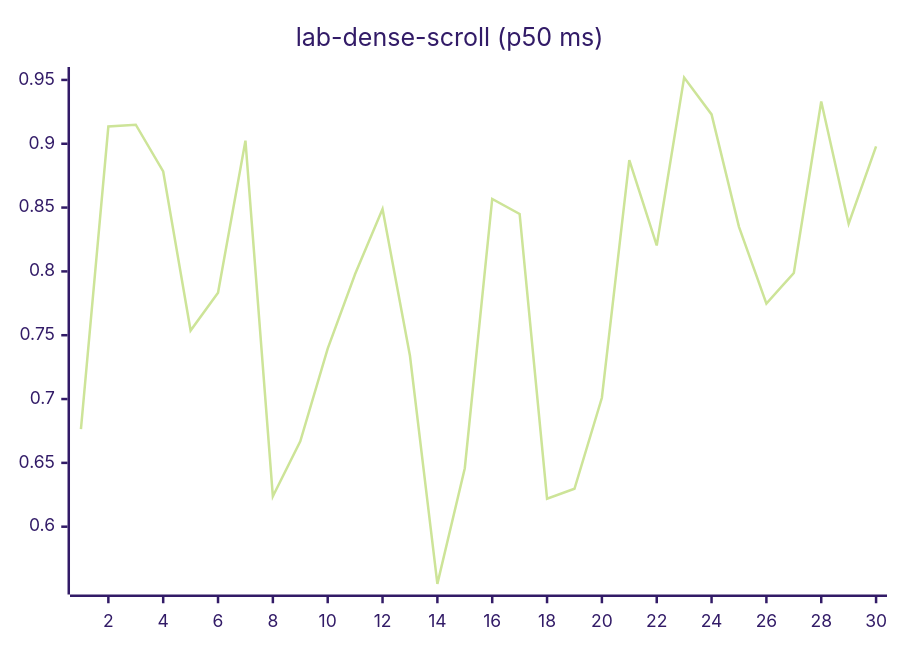
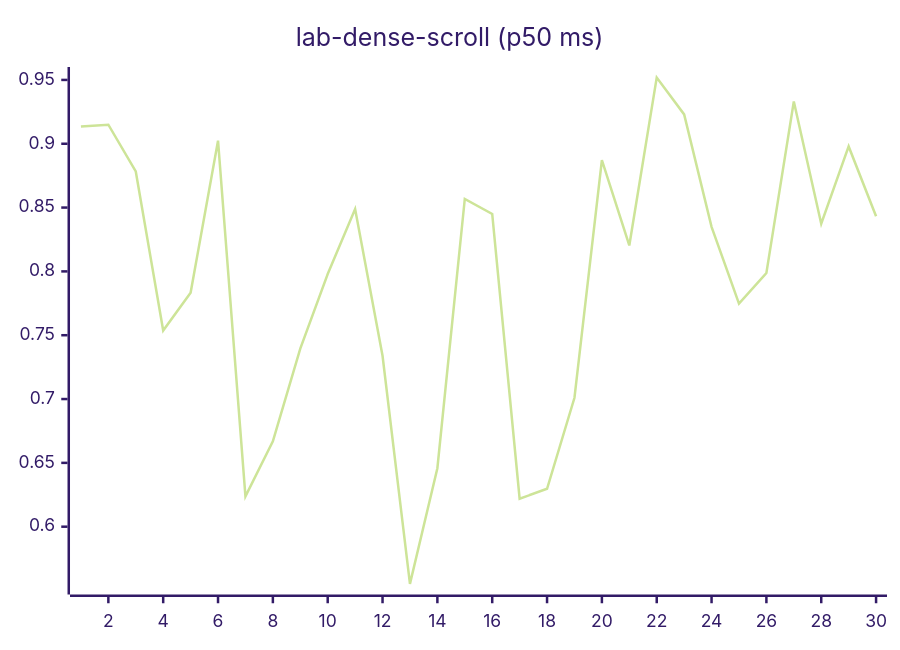
Before and after one commit to josha/Facet: diagram 12 of 27 in README.md, drawn with Mermaid (forest theme). The commit also changed other lines of this file and 2 other files, not shown here.

````diff
--- a/README.md
+++ b/README.md
@@ -140,6 +140,6 @@
 ```mermaid
 xychart-beta
     title "lab-dense-scroll (p50 ms)"
     x-axis 1 --> 30
-    line [0.6764, 0.9135, 0.9149, 0.8783, 0.7537, 0.7833, 0.9024, 0.6238, 0.6669, 0.7395, 0.7979, 0.8489, 0.7339, 0.5552, 0.6458, 0.8568, 0.8450, 0.6219, 0.6297, 0.7010, 0.8871, 0.8203, 0.9518, 0.9230, 0.8349, 0.7748, 0.7987, 0.9331, 0.8374, 0.8979]
+    line [0.9135, 0.9149, 0.8783, 0.7537, 0.7833, 0.9024, 0.6238, 0.6669, 0.7395, 0.7979, 0.8489, 0.7339, 0.5552, 0.6458, 0.8568, 0.8450, 0.6219, 0.6297, 0.7010, 0.8871, 0.8203, 0.9518, 0.9230, 0.8349, 0.7748, 0.7987, 0.9331, 0.8374, 0.8979, 0.8432]
 ```
````
